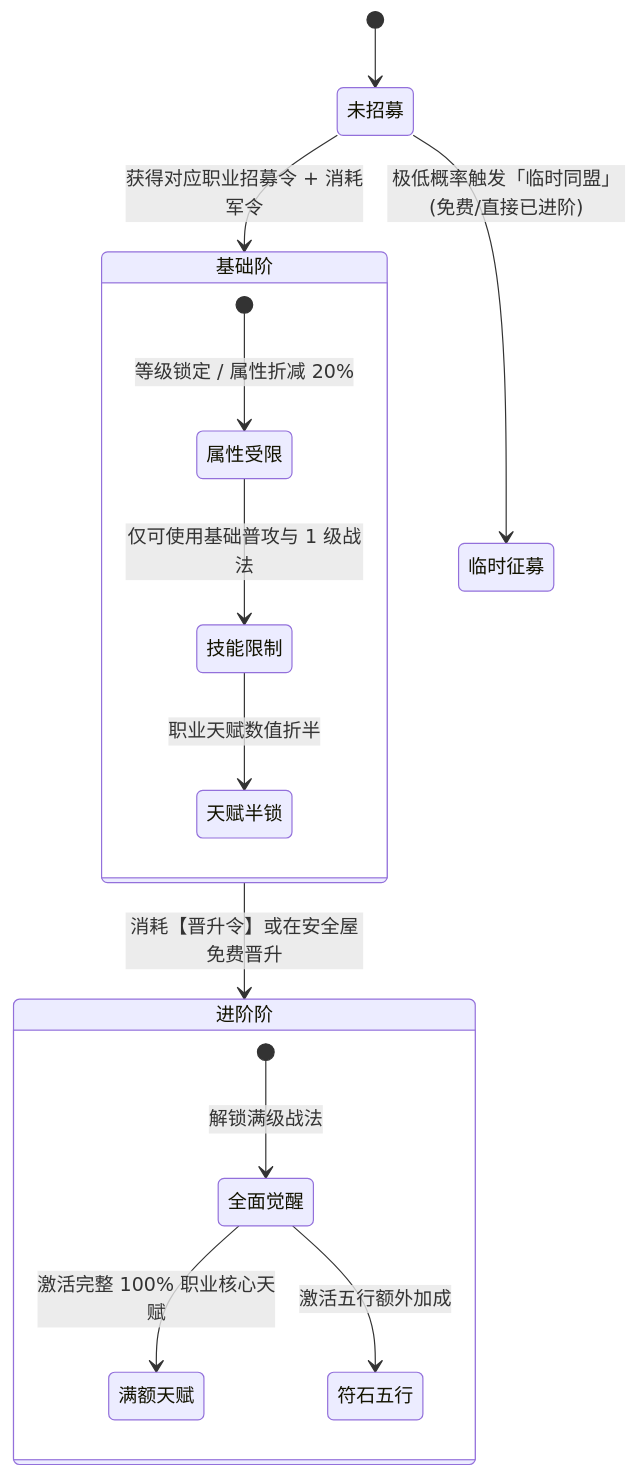
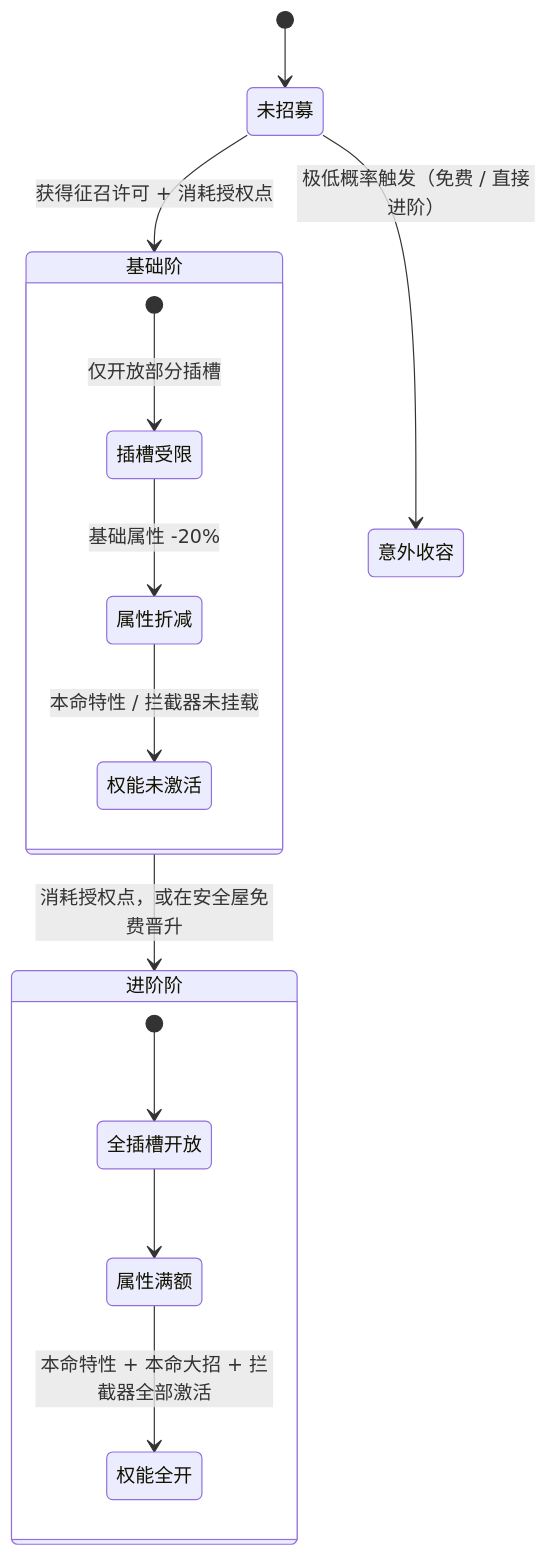
Before and after one commit to dyh1127alqj/GameAndLLM: the second of 2 diagrams in Docs/ROGUE_MAP_AND_RECRUITMENT.md, drawn with Mermaid. The commit also changed other lines of this file and 7 other files, not shown here.

````diff
--- a/Docs/ROGUE_MAP_AND_RECRUITMENT.md
+++ b/Docs/ROGUE_MAP_AND_RECRUITMENT.md
@@ -102,20 +152,20 @@
 ```mermaid
 stateDiagram-v2
     [*] --> 未招募
-    未招募 --> 基础阶: 获得对应职业招募令 + 消耗军令
-    未招募 --> 临时征募: 极低概率触发「临时同盟」(免费/直接已进阶)
+    未招募 --> 基础阶: 获得征召许可 + 消耗授权点
+    未招募 --> 意外收容: 极低概率触发（免费 / 直接进阶）
 
     state 基础阶 {
-        [*] --> 属性受限: 等级锁定 / 属性折减 20%
-        属性受限 --> 技能限制: 仅可使用基础普攻与 1 级战法
-        技能限制 --> 天赋半锁: 职业天赋数值折半
+        [*] --> 插槽受限: 仅开放部分插槽
+        插槽受限 --> 属性折减: 基础属性 -20%
+        属性折减 --> 权能未激活: 本命特性 / 拦截器未挂载
     }
 
-    基础阶 --> 进阶阶: 消耗【晋升令】或在安全屋免费晋升
-    
+    基础阶 --> 进阶阶: 消耗授权点，或在安全屋免费晋升
+
     state 进阶阶 {
-        [*] --> 全面觉醒: 解锁满级战法
-        全面觉醒 --> 满额天赋: 激活完整 100% 职业核心天赋
-        全面觉醒 --> 符石五行: 激活五行额外加成
+        [*] --> 全插槽开放
+        全插槽开放 --> 属性满额
+        属性满额 --> 权能全开: 本命特性 + 本命大招 + 拦截器全部激活
     }
 ```
````
